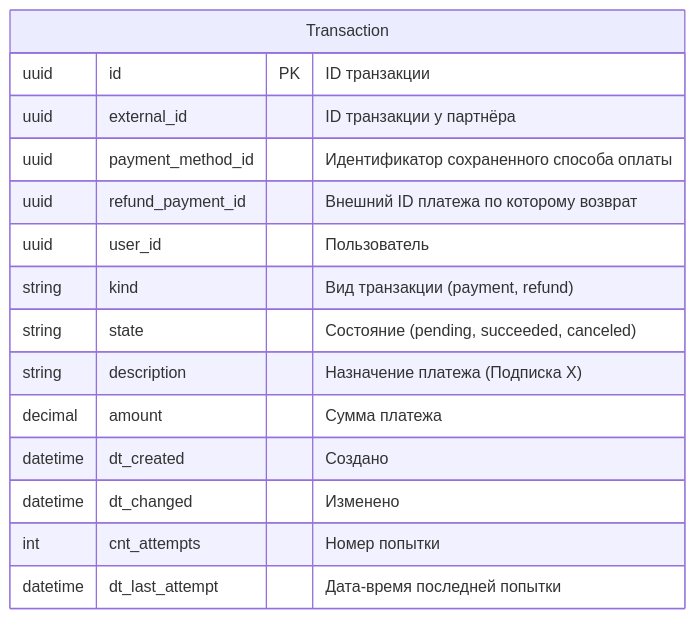
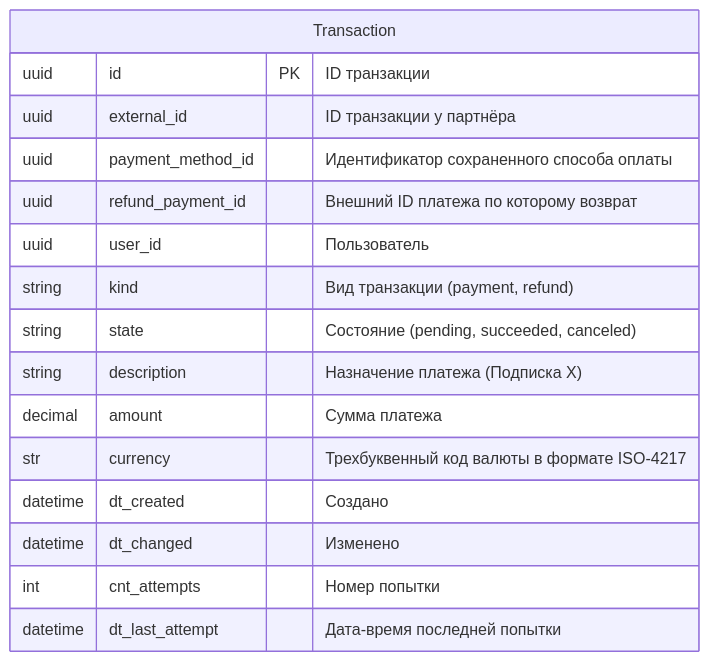
One commit to smb13/graduate_work changed the diagram in architecture/relation_diagrams/erd_billing.md. Above: the diagram before and after it, drawn with Mermaid. The commit also changed 1 other file, not shown here.

Commit message:
update API specs

````diff
--- a/architecture/relation_diagrams/erd_billing.md
+++ b/architecture/relation_diagrams/erd_billing.md
@@ -3,18 +3,19 @@
 ```mermaid
 erDiagram
     transaction["Transaction"] {
         uuid id PK "ID транзакции"
         uuid external_id "ID транзакции у партнёра"
         uuid payment_method_id "Идентификатор сохраненного способа оплаты"
         uuid refund_payment_id "Внешний ID платежа по которому возврат"
         uuid user_id "Пользователь"
         string kind "Вид транзакции (payment, refund)"
         string state "Состояние (pending, succeeded, canceled)" 
         string description "Назначение платежа (Подписка X)"
         decimal amount "Сумма платежа"
+        str currency "Трехбуквенный код валюты в формате ISO-4217"
         datetime dt_created "Создано"
         datetime dt_changed "Изменено"
         int cnt_attempts "Номер попытки"
         datetime dt_last_attempt "Дата-время последней попытки"
     }
 ```
````
